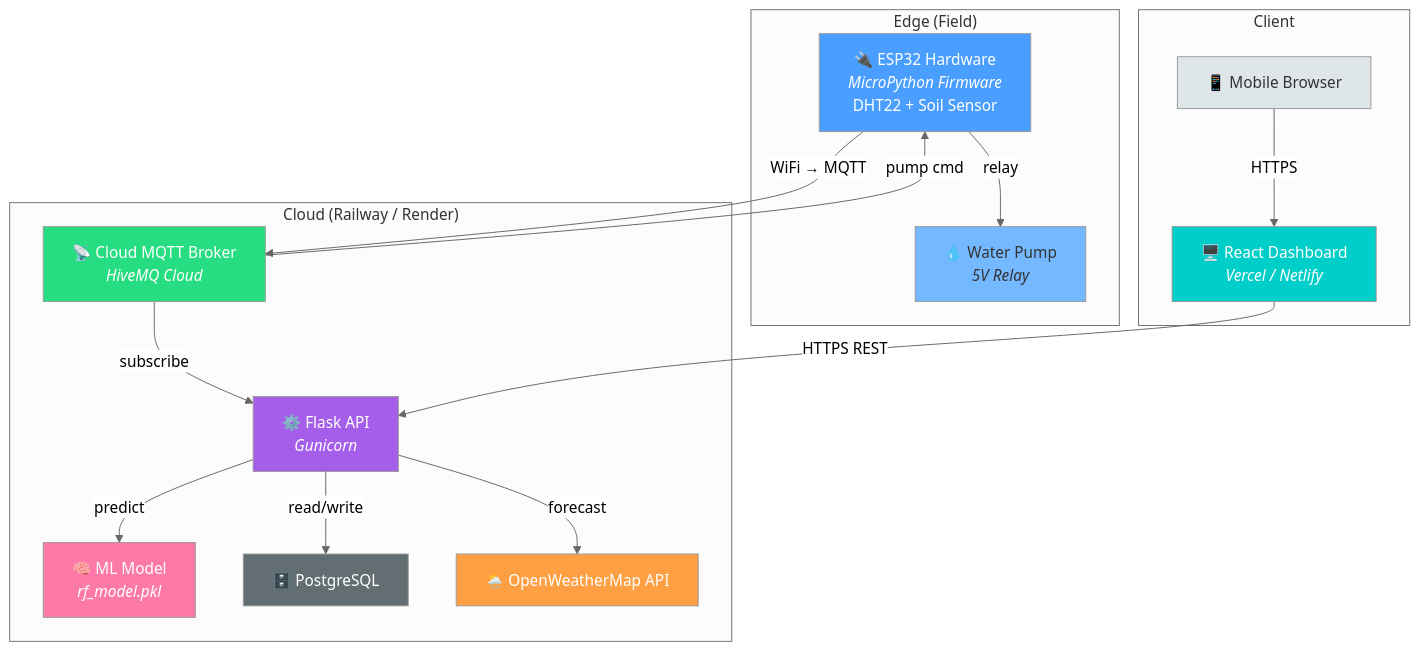
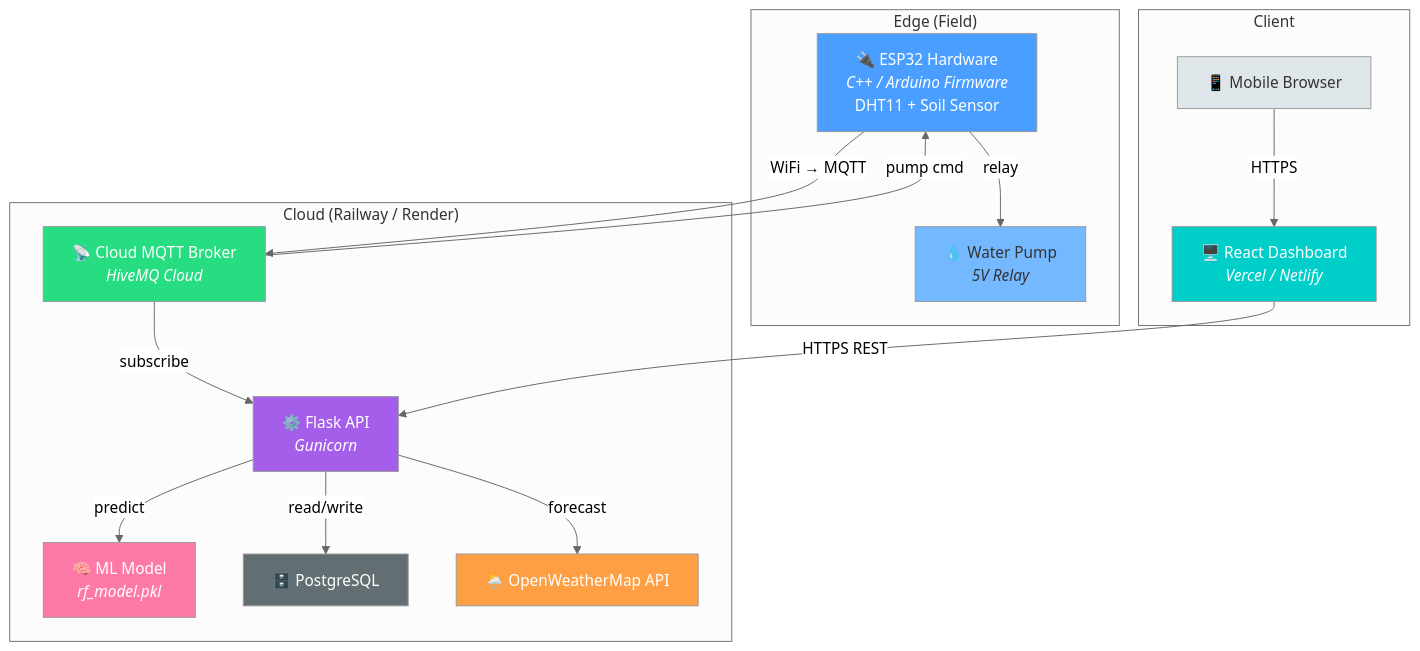
One commit to godera010/pwos changed the second of 3 diagrams in docs/PROJECT_OVERVIEW.md. Above: the diagram before and after it, drawn with Mermaid (neutral theme). The commit also changed other lines of this file and 226 other files, not shown here.

````diff
--- a/docs/PROJECT_OVERVIEW.md
+++ b/docs/PROJECT_OVERVIEW.md
@@ -58,40 +58,40 @@
 ```mermaid
 graph TB
     subgraph "Edge (Field)"
-        ESP["🔌 ESP32 Hardware<br/><i>MicroPython Firmware</i><br/>DHT22 + Soil Sensor"]
+        ESP["🔌 ESP32 Hardware<br/><i>C++ / Arduino Firmware</i><br/>DHT11 + Soil Sensor"]
         PUMP["💧 Water Pump<br/><i>5V Relay</i>"]
     end
 
     subgraph "Cloud (Railway / Render)"
         CMQTT["📡 Cloud MQTT Broker<br/><i>HiveMQ Cloud</i>"]
         CAPI["⚙️ Flask API<br/><i>Gunicorn</i>"]
         CML["🧠 ML Model<br/><i>rf_model.pkl</i>"]
         PG["🗄️ PostgreSQL"]
         OWAPI["🌦️ OpenWeatherMap API"]
     end
 
     subgraph "Client"
         DASH["🖥️ React Dashboard<br/><i>Vercel / Netlify</i>"]
         MOBILE["📱 Mobile Browser"]
     end
 
     ESP -- "WiFi → MQTT" --> CMQTT
     CMQTT -- "subscribe" --> CAPI
     CMQTT -- "pump cmd" --> ESP
     ESP -- "relay" --> PUMP
     CAPI -- "read/write" --> PG
     CAPI -- "predict" --> CML
     CAPI -- "forecast" --> OWAPI
     DASH -- "HTTPS REST" --> CAPI
     MOBILE -- "HTTPS" --> DASH
 
     style ESP fill:#4a9eff,color:#fff
     style PUMP fill:#74b9ff,color:#333
     style CMQTT fill:#26de81,color:#fff
     style CAPI fill:#a55eea,color:#fff
     style CML fill:#fd79a8,color:#fff
     style PG fill:#636e72,color:#fff
     style OWAPI fill:#ff9f43,color:#fff
     style DASH fill:#00cec9,color:#fff
     style MOBILE fill:#dfe6e9,color:#333
 ```
````
